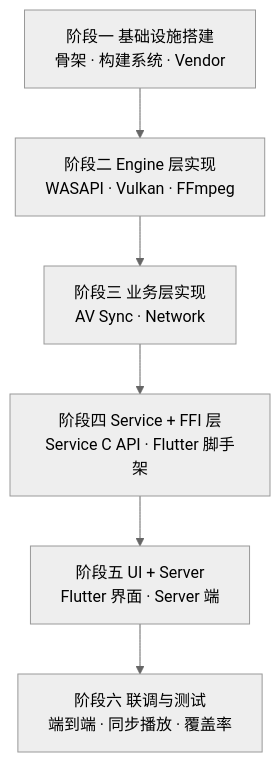
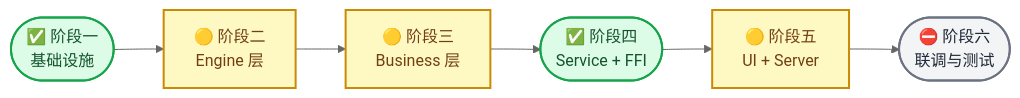
Before and after one commit to xiaofusu123/PrismPlayer: the first of 2 diagrams in docs/markdown/项目计划书.md, drawn with Mermaid (neutral theme). The commit also changed other lines of this file and 8 other files, not shown here.

````diff
--- a/docs/markdown/项目计划书.md
+++ b/docs/markdown/项目计划书.md
@@ -225,14 +211,19 @@
 ```mermaid
-flowchart TD
-    accTitle: 六个开发阶段推进顺序
-    accDescr: 从阶段一基础设施搭建到阶段六联调测试的推进顺序，每个节点列出该阶段的主要交付面。
+flowchart LR
+    accTitle: 六个开发阶段的推进顺序与当前落地程度
+    accDescr: 从基础设施到联调测试的六个阶段按顺序推进，节点颜色区分已完成、部分完成与未开始
 
-    stage_1["阶段一 基础设施搭建<br/>骨架 · 构建系统 · Vendor"]
-    stage_2["阶段二 Engine 层实现<br/>WASAPI · Vulkan · FFmpeg"]
-    stage_3["阶段三 业务层实现<br/>AV Sync · Network"]
-    stage_4["阶段四 Service + FFI 层<br/>Service C API · Flutter 脚手架"]
-    stage_5["阶段五 UI + Server<br/>Flutter 界面 · Server 端"]
-    stage_6["阶段六 联调与测试<br/>端到端 · 同步播放 · 覆盖率"]
+    phase1([✅ 阶段一<br/>基础设施]) --> phase2[🟡 阶段二<br/>Engine 层]
+    phase2 --> phase3[🟡 阶段三<br/>Business 层]
+    phase3 --> phase4([✅ 阶段四<br/>Service + FFI])
+    phase4 --> phase5[🟡 阶段五<br/>UI + Server]
+    phase5 --> phase6([⛔ 阶段六<br/>联调与测试])
 
-    stage_1 --> stage_2 --> stage_3 --> stage_4 --> stage_5 --> stage_6
+    classDef done fill:#dcfce7,stroke:#16a34a,stroke-width:2px,color:#14532d
+    classDef partial fill:#fef9c3,stroke:#ca8a04,stroke-width:2px,color:#713f12
+    classDef pending fill:#f3f4f6,stroke:#6b7280,stroke-width:2px,color:#1f2937
+
+    class phase1,phase4 done
+    class phase2,phase3,phase5 partial
+    class phase6 pending
 ```
````
